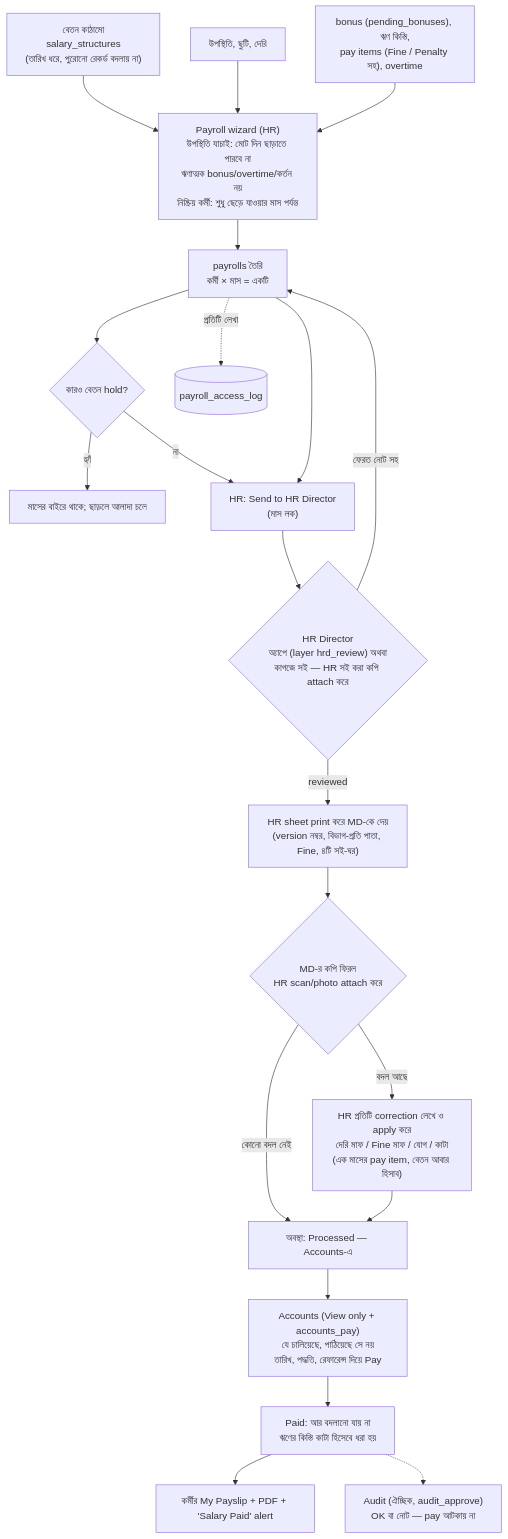
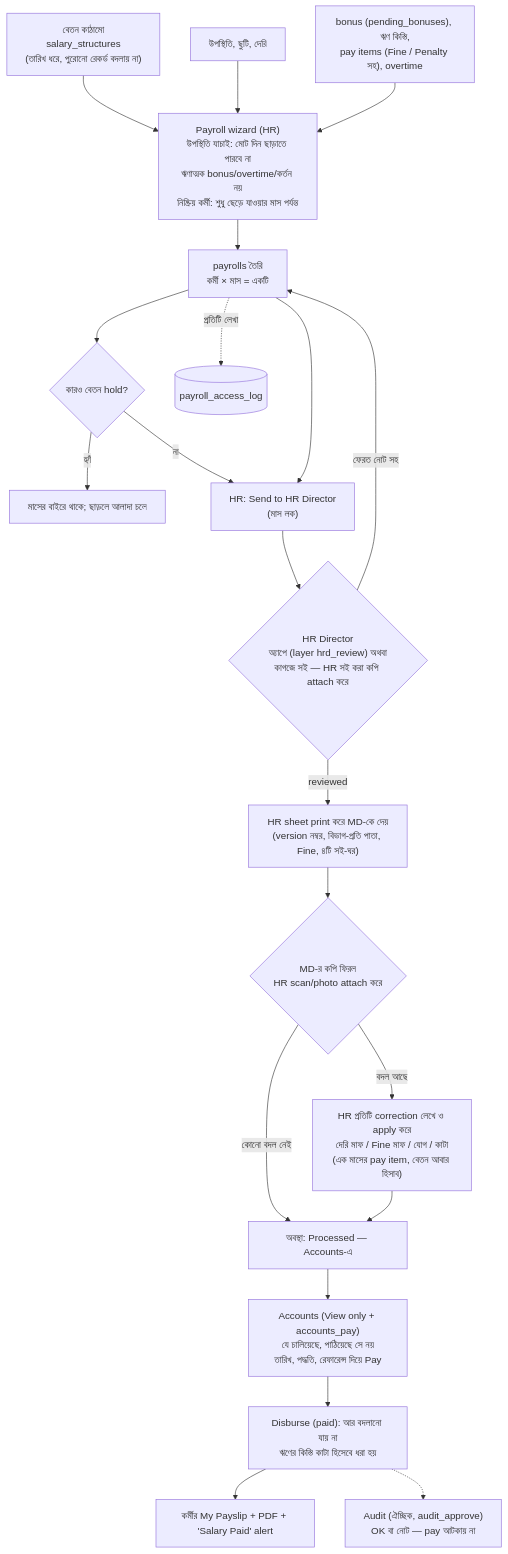
Before and after one commit to ruhulamencredence/CredenceHR: the ninth of 14 diagrams in docs/architecture/02-application-workflow.md, drawn with Mermaid. The commit also changed 1 other file, not shown here.

Commit message:
Payroll approval: step 6 'Paid' is now 'Disburse'
The step bar, Accounts' button and dialog, the done banner, the summary
tile and the history line say Disburse / Disbursed. The status stays
'paid' in the data.

Claude-Session: https://claude.ai/code/session_01KeYvuUvtb2eW9nhfgiReUz

````diff
--- a/docs/architecture/02-application-workflow.md
+++ b/docs/architecture/02-application-workflow.md
@@ -250,23 +250,23 @@
 ```mermaid
 flowchart TD
   SS["বেতন কাঠামো<br/>salary_structures<br/>(তারিখ ধরে, পুরোনো রেকর্ড বদলায় না)"] --> WZ
   ATW["উপস্থিতি, ছুটি, দেরি"] --> WZ
   BN["bonus (pending_bonuses), ঋণ কিস্তি,<br/>pay items (Fine / Penalty সহ), overtime"] --> WZ
   WZ["Payroll wizard (HR)<br/>উপস্থিতি যাচাই: মোট দিন ছাড়াতে পারবে না<br/>ঋণাত্মক bonus/overtime/কর্তন নয়<br/>নিষ্ক্রিয় কর্মী: শুধু ছেড়ে যাওয়ার মাস পর্যন্ত"] --> GEN["payrolls তৈরি<br/>কর্মী × মাস = একটি"]
   GEN --> HOLD{"কারও বেতন hold?"}
   HOLD -- হ্যাঁ --> HD["মাসের বাইরে থাকে; ছাড়লে আলাদা চলে"]
   HOLD -- না --> SUB
   GEN --> SUB["HR: Send to HR Director<br/>(মাস লক)"]
   SUB --> HRD{"HR Director<br/>অ্যাপে (layer hrd_review) অথবা<br/>কাগজে সই — HR সই করা কপি attach করে"}
   HRD -- ফেরত নোট সহ --> GEN
   HRD -- reviewed --> MD["HR sheet print করে MD-কে দেয়<br/>(version নম্বর, বিভাগ-প্রতি পাতা, Fine, ৪টি সই-ঘর)"]
   MD --> BACK{"MD-র কপি ফিরল<br/>HR scan/photo attach করে"}
   BACK -- কোনো বদল নেই --> PR["অবস্থা: Processed — Accounts-এ"]
   BACK -- বদল আছে --> COR["HR প্রতিটি correction লেখে ও apply করে<br/>দেরি মাফ / Fine মাফ / যোগ / কাটা<br/>(এক মাসের pay item, বেতন আবার হিসাব)"]
   COR --> PR
   PR --> PAY["Accounts (View only + accounts_pay)<br/>যে চালিয়েছে, পাঠিয়েছে সে নয়<br/>তারিখ, পদ্ধতি, রেফারেন্স দিয়ে Pay"]
-  PAY --> PD["Paid: আর বদলানো যায় না<br/>ঋণের কিস্তি কাটা হিসেবে ধরা হয়"]
+  PAY --> PD["Disburse (paid): আর বদলানো যায় না<br/>ঋণের কিস্তি কাটা হিসেবে ধরা হয়"]
   PD --> PSLIP["কর্মীর My Payslip + PDF + 'Salary Paid' alert"]
   PD -.-> AUD["Audit (ঐচ্ছিক, audit_approve)<br/>OK বা নোট — pay আটকায় না"]
   GEN -. প্রতিটি লেখা .-> LOG[(payroll_access_log)]
 ```
````
